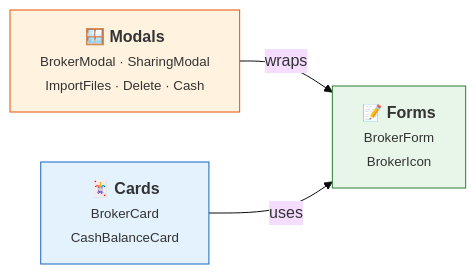
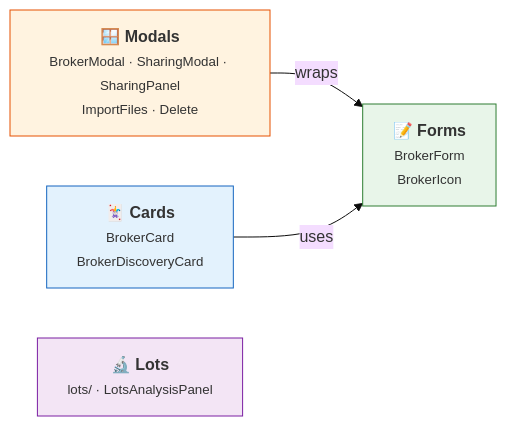
One commit to Librefolio/LibreFolio changed the diagram in mkdocs_src/docs/developer/frontend/components/features/brokers/index.md. Above: the diagram before and after it, drawn with Mermaid (base theme). The commit also changed other lines of this file and 86 other files, not shown here.

````diff
--- a/mkdocs_src/docs/developer/frontend/components/features/brokers/index.md
+++ b/mkdocs_src/docs/developer/frontend/components/features/brokers/index.md
@@ -7,13 +7,15 @@
 ```mermaid
 graph LR
-    Cards["🃏 <b>Cards</b><br/><small>BrokerCard<br/>CashBalanceCard</small>"]
+    Cards["🃏 <b>Cards</b><br/><small>BrokerCard<br/>BrokerDiscoveryCard</small>"]
     Forms["📝 <b>Forms</b><br/><small>BrokerForm<br/>BrokerIcon</small>"]
-    Modals["🪟 <b>Modals</b><br/><small>BrokerModal · SharingModal<br/>ImportFiles · Delete · Cash</small>"]
+    Modals["🪟 <b>Modals</b><br/><small>BrokerModal · SharingModal · SharingPanel<br/>ImportFiles · Delete</small>"]
+    Lots["🔬 <b>Lots</b><br/><small>lots/ · LotsAnalysisPanel</small>"]
 
     Modals -->|wraps| Forms
     Cards -->|uses| Forms
 
     style Cards fill:#e3f2fd,stroke:#1565c0
     style Forms fill:#e8f5e9,stroke:#2e7d32
     style Modals fill:#fff3e0,stroke:#e65100
+    style Lots fill:#f3e5f5,stroke:#7b1fa2
 ```
````
